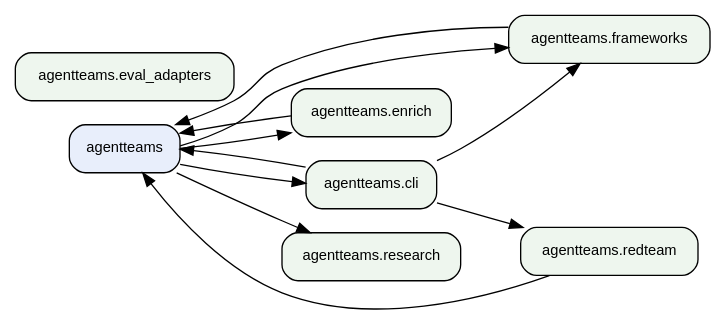
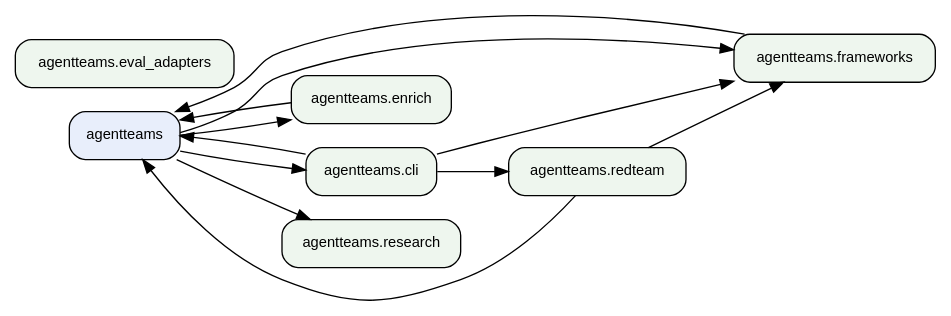
One commit to jlcatonjr/agentteams changed the second of 2 diagrams in references/architecture-graph.md. Above: the diagram before and after it, drawn with Graphviz. The commit also changed other lines of this file and 28 other files, not shown here.

````diff
--- a/references/architecture-graph.md
+++ b/references/architecture-graph.md
@@ -228,24 +231,25 @@
 ```dot
 digraph "agentteams architecture" {
     rankdir=LR;
     node [fontname="Helvetica", fontsize=11, shape=box, style="rounded,filled", fillcolor="#eef6ee"];
     edge [fontsize=9];
     "agentteams" [fillcolor="#e8eefb"];
     "agentteams.cli" [fillcolor="#eef6ee"];
     "agentteams.enrich" [fillcolor="#eef6ee"];
     "agentteams.eval_adapters" [fillcolor="#eef6ee"];
     "agentteams.frameworks" [fillcolor="#eef6ee"];
     "agentteams.redteam" [fillcolor="#eef6ee"];
     "agentteams.research" [fillcolor="#eef6ee"];
     "agentteams" -> "agentteams.cli";
     "agentteams" -> "agentteams.enrich";
     "agentteams" -> "agentteams.frameworks";
     "agentteams" -> "agentteams.research";
     "agentteams.cli" -> "agentteams";
     "agentteams.cli" -> "agentteams.frameworks";
     "agentteams.cli" -> "agentteams.redteam";
     "agentteams.enrich" -> "agentteams";
     "agentteams.frameworks" -> "agentteams";
     "agentteams.redteam" -> "agentteams";
+    "agentteams.redteam" -> "agentteams.frameworks";
 }
 ```
````
